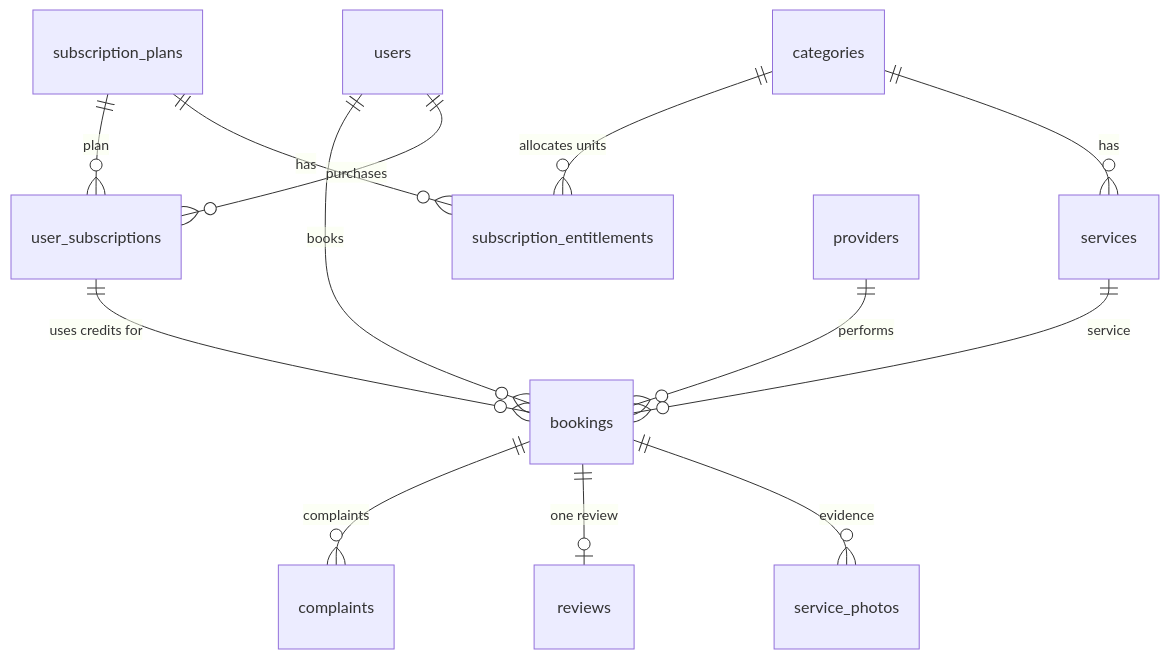
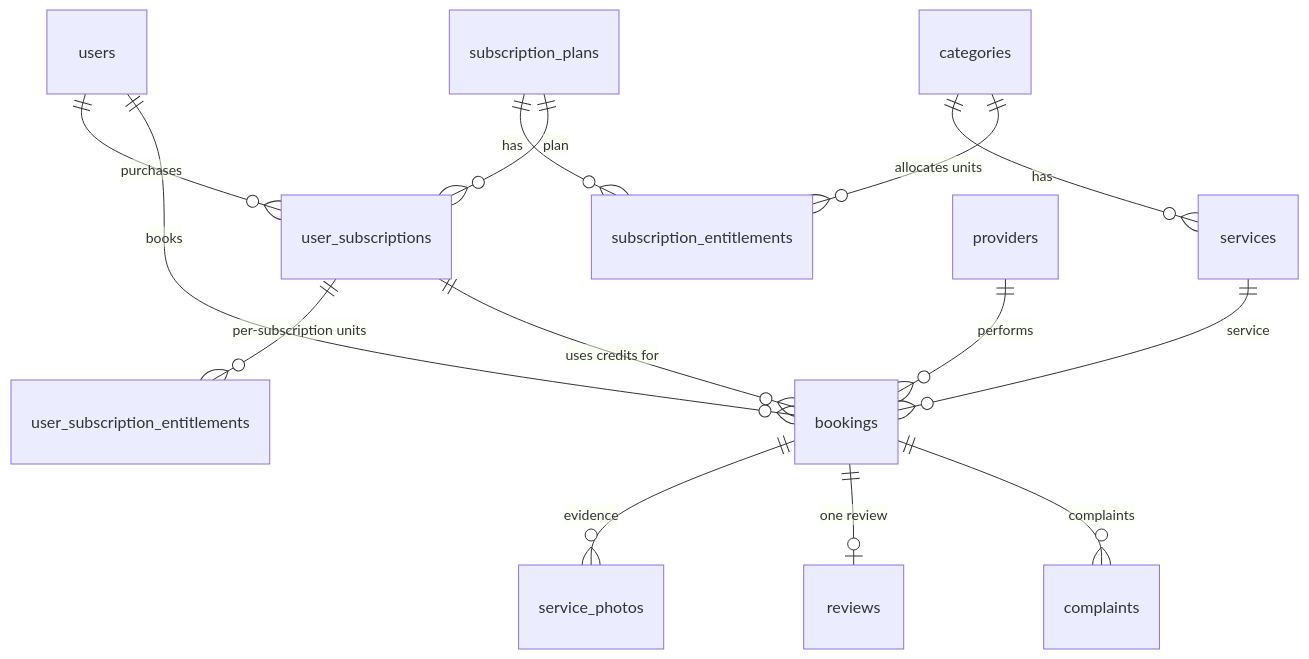
The third of 4 diagrams in docs/DATABASE-ERD.md (4Raisan/Luxora_v1), drawn with Mermaid before and after one commit. The commit also changed other lines of this file and 3 other files, not shown here.

````diff
--- a/docs/DATABASE-ERD.md
+++ b/docs/DATABASE-ERD.md
@@ -222,15 +230,16 @@
 ```mermaid
 erDiagram
     categories ||--o{ services : "has"
     subscription_plans ||--o{ subscription_entitlements : "has"
     categories ||--o{ subscription_entitlements : "allocates units"
     users ||--o{ user_subscriptions : "purchases"
     subscription_plans ||--o{ user_subscriptions : "plan"
+    user_subscriptions ||--o{ user_subscription_entitlements : "per-subscription units"
     users ||--o{ bookings : "books"
     providers ||--o{ bookings : "performs"
     services ||--o{ bookings : "service"
     user_subscriptions ||--o{ bookings : "uses credits for"
     bookings ||--o{ service_photos : "evidence"
     bookings ||--o| reviews : "one review"
     bookings ||--o{ complaints : "complaints"
 ```
````
